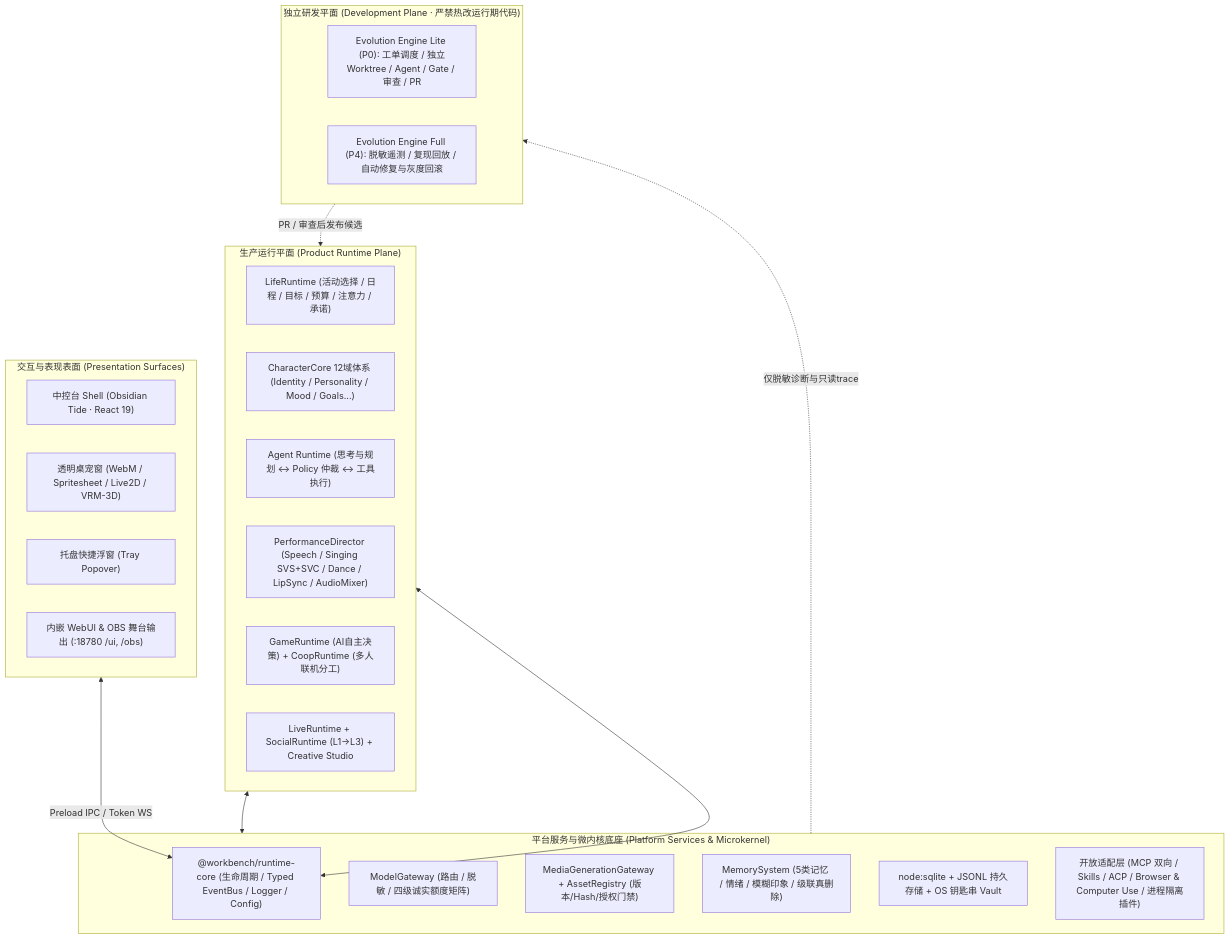
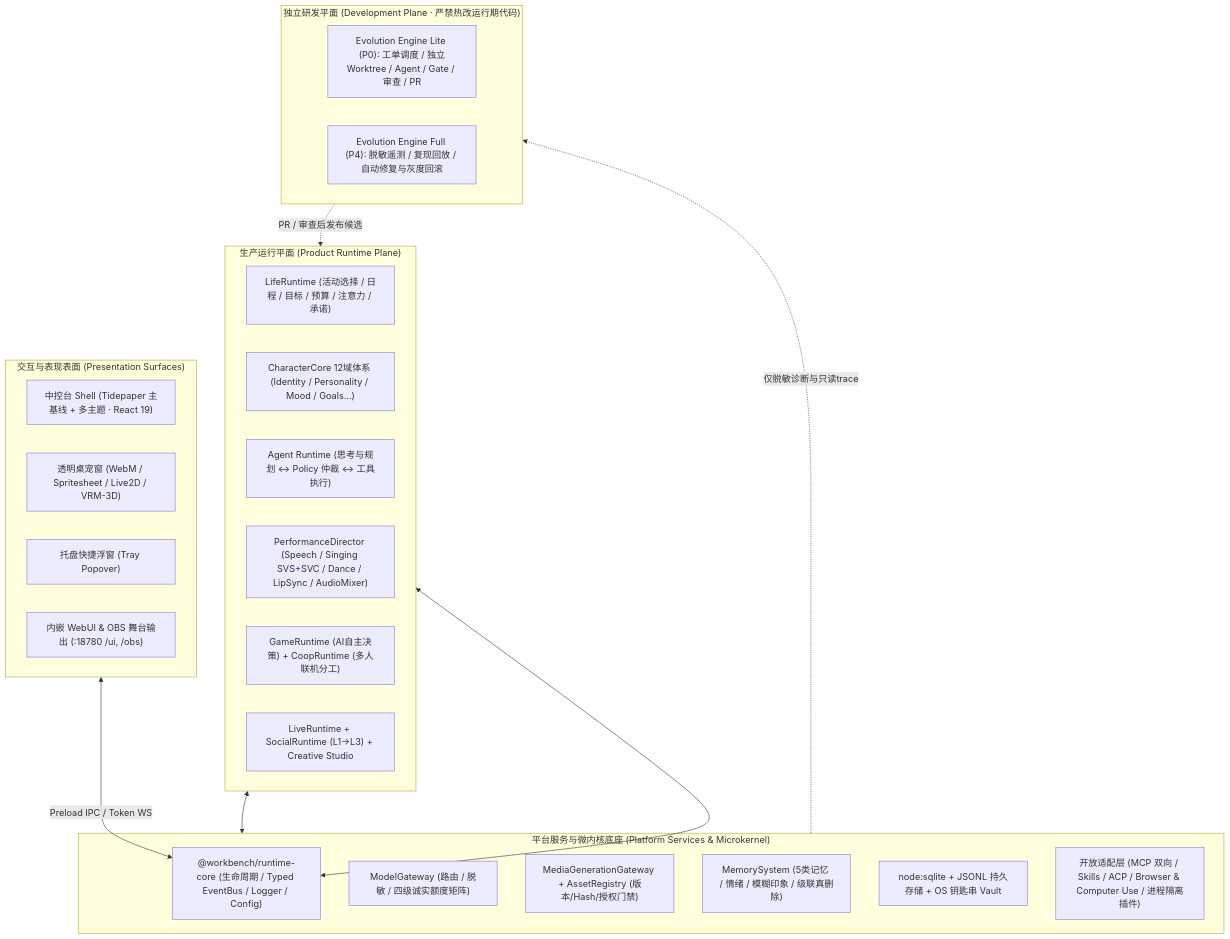
The first of 4 diagrams in docs/v2/ARCHITECTURE.md (jiaiqi/whale-isle), drawn with Mermaid before and after one commit. The commit also changed other lines of this file and 102 other files, not shown here.

````diff
--- a/docs/v2/ARCHITECTURE.md
+++ b/docs/v2/ARCHITECTURE.md
@@ -15,38 +15,38 @@
 ```mermaid
 flowchart TB
   subgraph Surfaces["交互与表现表面 (Presentation Surfaces)"]
-    Director["中控台 Shell (Obsidian Tide · React 19)"]
+    Director["中控台 Shell (Tidepaper 主基线 + 多主题 · React 19)"]
     PetStage["透明桌宠窗 (WebM / Spritesheet / Live2D / VRM-3D)"]
     Tray["托盘快捷浮窗 (Tray Popover)"]
     WebObs["内嵌 WebUI & OBS 舞台输出 (:18780 /ui, /obs)"]
   end
 
   subgraph RuntimePlane["生产运行平面 (Product Runtime Plane)"]
     LifeRT["LifeRuntime (活动选择 / 日程 / 目标 / 预算 / 注意力 / 承诺)"]
     CharCore["CharacterCore 12域体系 (Identity / Personality / Mood / Goals...)"]
     AgentRT["Agent Runtime (思考与规划 ↔ Policy 仲裁 ↔ 工具执行)"]
     PerfDir["PerformanceDirector (Speech / Singing SVS+SVC / Dance / LipSync / AudioMixer)"]
     GameCoop["GameRuntime (AI自主决策) + CoopRuntime (多人联机分工)"]
     DigitalLife["LiveRuntime + SocialRuntime (L1→L3) + Creative Studio"]
   end
 
   subgraph PlatformPlane["平台服务与微内核底座 (Platform Services & Microkernel)"]
     Kernel["@workbench/runtime-core (生命周期 / Typed EventBus / Logger / Config)"]
     ModelGW["ModelGateway (路由 / 脱敏 / 四级诚实额度矩阵)"]
     MediaGW["MediaGenerationGateway + AssetRegistry (版本/Hash/授权门禁)"]
     MemorySys["MemorySystem (5类记忆 / 情绪 / 模糊印象 / 级联真删除)"]
     Storage["node:sqlite + JSONL 持久存储 + OS 钥匙串 Vault"]
     ExtAdapters["开放适配层 (MCP 双向 / Skills / ACP / Browser & Computer Use / 进程隔离插件)"]
   end
 
   subgraph DevPlane["独立研发平面 (Development Plane · 严禁热改运行期代码)"]
     EvoLite["Evolution Engine Lite (P0): 工单调度 / 独立Worktree / Agent / Gate / 审查 / PR"]
     EvoFull["Evolution Engine Full (P4): 脱敏遥测 / 复现回放 / 自动修复与灰度回滚"]
   end
 
   Surfaces <-->|Preload IPC / Token WS| Kernel
   Kernel <--> RuntimePlane
   RuntimePlane <--> PlatformPlane
   PlatformPlane -.->|仅脱敏诊断与只读trace| DevPlane
   DevPlane -.->|PR / 审查后发布候选| RuntimePlane
 ```
````
